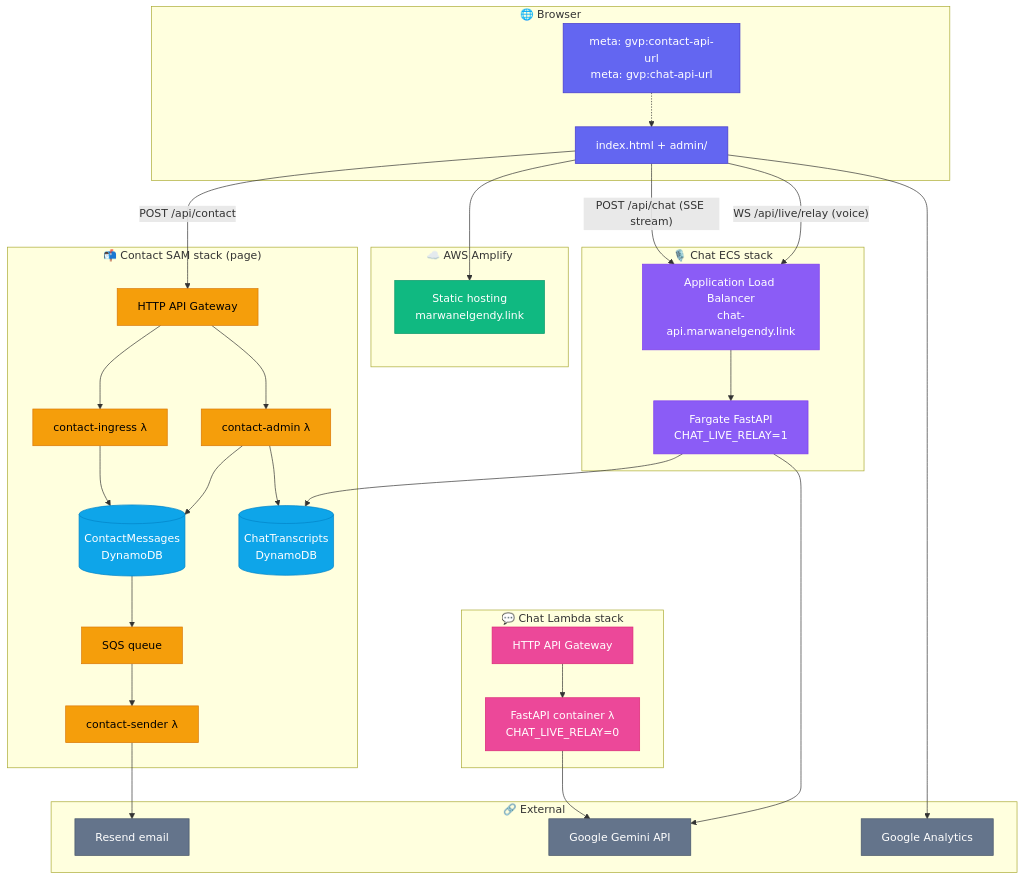
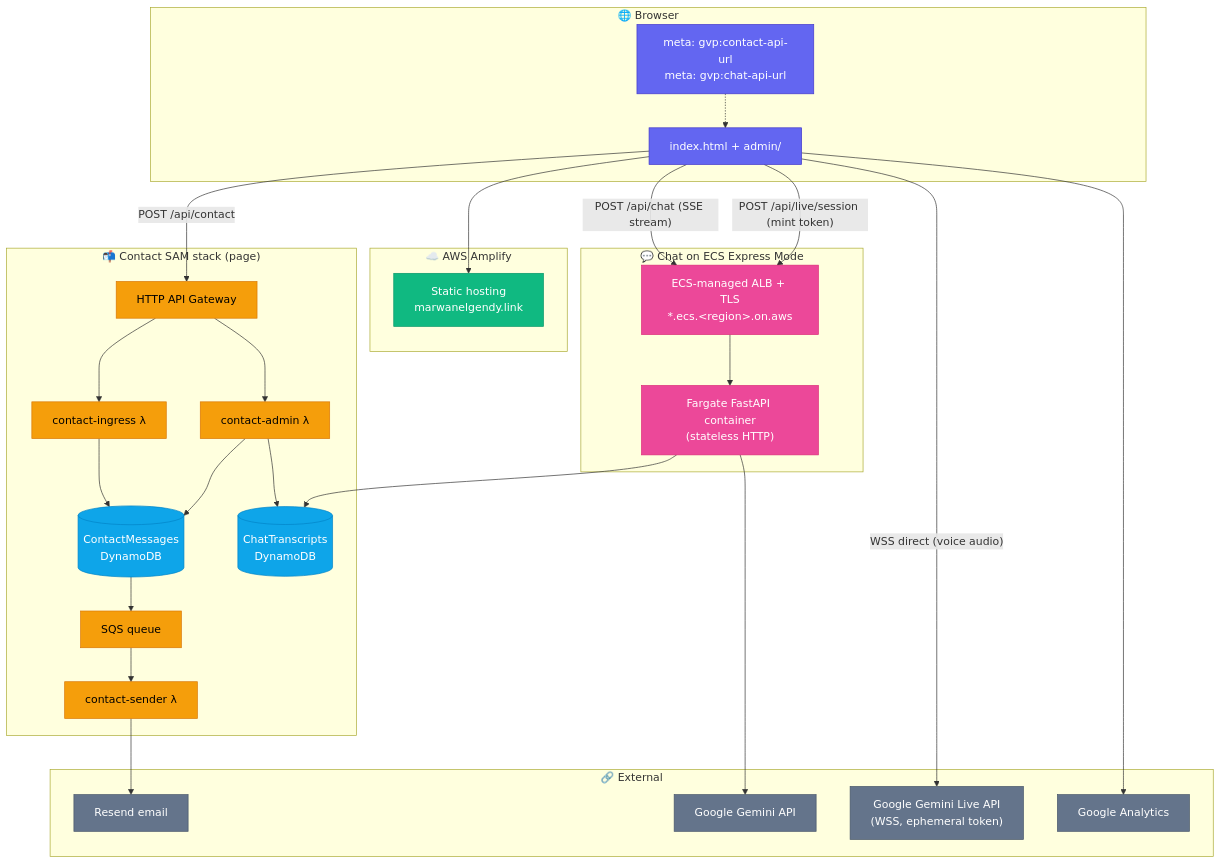
One commit to geda0/gvp changed the first of 7 diagrams in docs/architecture.md. Above: the diagram before and after it, drawn with Mermaid. The commit also changed other lines of this file and 3 other files, not shown here.

First line of the commit message:
chore(chat): retire dead ECS+ALB/relay machinery from deploy script + reconcile voice docs

````diff
--- a/docs/architecture.md
+++ b/docs/architecture.md
@@ -28,68 +28,63 @@
 ```mermaid
 flowchart TB
     subgraph Browser["🌐 Browser"]
         UI["index.html + admin/"]
         META["meta: gvp:contact-api-url<br/>meta: gvp:chat-api-url"]
     end
 
     subgraph Static["☁️ AWS Amplify"]
         CDN["Static hosting<br/>marwanelgendy.link"]
     end
 
     subgraph ContactStack["📬 Contact SAM stack (page)"]
         CAPI["HTTP API Gateway"]
         ING["contact-ingress λ"]
         DDB1[("ContactMessages<br/>DynamoDB")]
         SQS["SQS queue"]
         SND["contact-sender λ"]
         ADM["contact-admin λ"]
         DDB2[("ChatTranscripts<br/>DynamoDB")]
     end
 
-    subgraph ChatText["💬 Chat Lambda stack"]
-        CHAPI["HTTP API Gateway"]
-        CHL["FastAPI container λ<br/>CHAT_LIVE_RELAY=0"]
-    end
-
-    subgraph ChatVoice["🎙️ Chat ECS stack"]
-        ALB["Application Load Balancer<br/>chat-api.marwanelgendy.link"]
-        ECS["Fargate FastAPI<br/>CHAT_LIVE_RELAY=1"]
+    subgraph ChatExpress["💬 Chat on ECS Express Mode"]
+        ALB["ECS-managed ALB + TLS<br/>*.ecs.&lt;region&gt;.on.aws"]
+        ECS["Fargate FastAPI container<br/>(stateless HTTP)"]
     end
 
     subgraph External["🔗 External"]
         RESEND["Resend email"]
         GEMINI["Google Gemini API"]
+        GLIVE["Google Gemini Live API<br/>(WSS, ephemeral token)"]
         GA["Google Analytics"]
     end
 
     UI --> CDN
     META -.-> UI
     UI -->|"POST /api/contact"| CAPI
     UI -->|"POST /api/chat (SSE stream)"| ALB
-    UI -->|"WS /api/live/relay (voice)"| ALB
+    UI -->|"POST /api/live/session (mint token)"| ALB
+    UI -->|"WSS direct (voice audio)"| GLIVE
     UI --> GA
 
     CAPI --> ING --> DDB1 --> SQS --> SND --> RESEND
     CAPI --> ADM --> DDB1
     ADM --> DDB2
 
-    CHAPI --> CHL --> GEMINI
     ALB --> ECS --> GEMINI
     ECS --> DDB2
 
     classDef browser fill:#6366F1,stroke:#4338CA,color:#fff
     classDef static fill:#10B981,stroke:#059669,color:#fff
     classDef contact fill:#F59E0B,stroke:#D97706,color:#000
     classDef chat fill:#EC4899,stroke:#DB2777,color:#fff
     classDef voice fill:#8B5CF6,stroke:#7C3AED,color:#fff
     classDef external fill:#64748B,stroke:#475569,color:#fff
     classDef db fill:#0EA5E9,stroke:#0284C7,color:#fff
 
     class UI,META browser
     class CDN static
     class CAPI,ING,SQS,SND,ADM contact
-    class CHAPI,CHL chat
-    class ALB,ECS voice
-    class RESEND,GEMINI,GA external
+    class ALB,ECS chat
+    class RESEND,GEMINI,GLIVE,GA external
     class DDB1,DDB2 db
 ```
````
